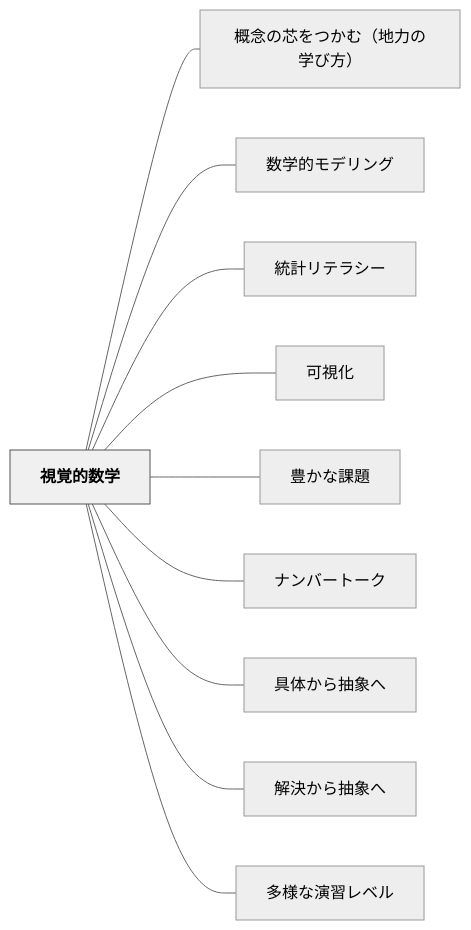
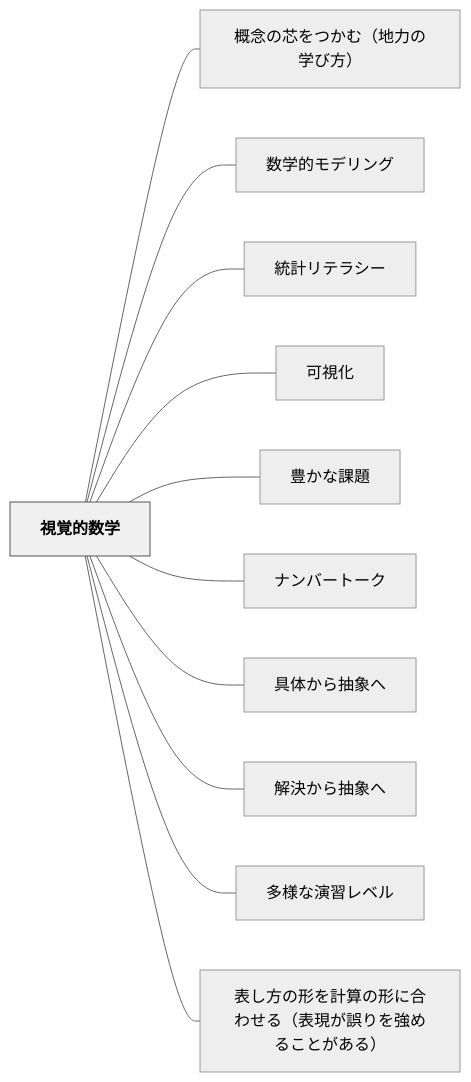
The diagram in content/パタン/視覚的数学.md (unknownthings-ed-patterns/unknownthings-ed-patterns), drawn with Mermaid (neutral theme) before and after one commit. The commit also changed other lines of this file and 21 other files, not shown here.

````diff
--- a/content/パタン/視覚的数学.md
+++ b/content/パタン/視覚的数学.md
@@ -108,26 +110,28 @@
 ```mermaid
 flowchart LR
     ne8a696e8a69ae79a84e695b0e5ada6["視覚的数学"]
     ne6a682e5bfb5e381aee88aafe38292e381a4e3818be38280efbc88e59cb0e58a9be381aee5ada6e381b3e696b9efbc89["概念の芯をつかむ（地力の学び方）"]
     ne695b0e5ada6e79a84e383a2e38387e383aae383b3e382b0["数学的モデリング"]
     ne7b5b1e8a888e383aae38386e383a9e382b7e383bc["統計リテラシー"]
     ne58fafe8a696e58c96["可視化"]
     ne8b18ae3818be381aae8aab2e9a18c["豊かな課題"]
     ne3838ae383b3e38390e383bce38388e383bce382af["ナンバートーク"]
     ne585b7e4bd93e3818be38289e68abde8b1a1e381b8["具体から抽象へ"]
     ne8a7a3e6b1bae3818be38289e68abde8b1a1e381b8["解決から抽象へ"]
     ne5a49ae6a798e381aae6bc94e7bf92e383ace38399e383ab["多様な演習レベル"]
+    ne8a1a8e38197e696b9e381aee5bda2e38292e8a888e7ae97e381aee5bda2e381abe59088e3828fe3819be3828befbc88e8a1a8e78fbee3818ce8aaa4e3828ae38292e5bcb7e38281e3828be38193e381a8e3818ce38182e3828befbc89["表し方の形を計算の形に合わせる（表現が誤りを強めることがある）"]
 
     ne8a696e8a69ae79a84e695b0e5ada6 --- ne6a682e5bfb5e381aee88aafe38292e381a4e3818be38280efbc88e59cb0e58a9be381aee5ada6e381b3e696b9efbc89
     ne8a696e8a69ae79a84e695b0e5ada6 --- ne695b0e5ada6e79a84e383a2e38387e383aae383b3e382b0
     ne8a696e8a69ae79a84e695b0e5ada6 --- ne7b5b1e8a888e383aae38386e383a9e382b7e383bc
     ne8a696e8a69ae79a84e695b0e5ada6 --- ne58fafe8a696e58c96
     ne8a696e8a69ae79a84e695b0e5ada6 --- ne8b18ae3818be381aae8aab2e9a18c
     ne8a696e8a69ae79a84e695b0e5ada6 --- ne3838ae383b3e38390e383bce38388e383bce382af
     ne8a696e8a69ae79a84e695b0e5ada6 --- ne585b7e4bd93e3818be38289e68abde8b1a1e381b8
     ne8a696e8a69ae79a84e695b0e5ada6 --- ne8a7a3e6b1bae3818be38289e68abde8b1a1e381b8
     ne8a696e8a69ae79a84e695b0e5ada6 --- ne5a49ae6a798e381aae6bc94e7bf92e383ace38399e383ab
+    ne8a696e8a69ae79a84e695b0e5ada6 --- ne8a1a8e38197e696b9e381aee5bda2e38292e8a888e7ae97e381aee5bda2e381abe59088e3828fe3819be3828befbc88e8a1a8e78fbee3818ce8aaa4e3828ae38292e5bcb7e38281e3828be38193e381a8e3818ce38182e3828befbc89
 
     classDef hub fill:#f0f0f0,stroke:#555,color:#000,font-weight:bold
     class ne8a696e8a69ae79a84e695b0e5ada6 hub
 ```
````
